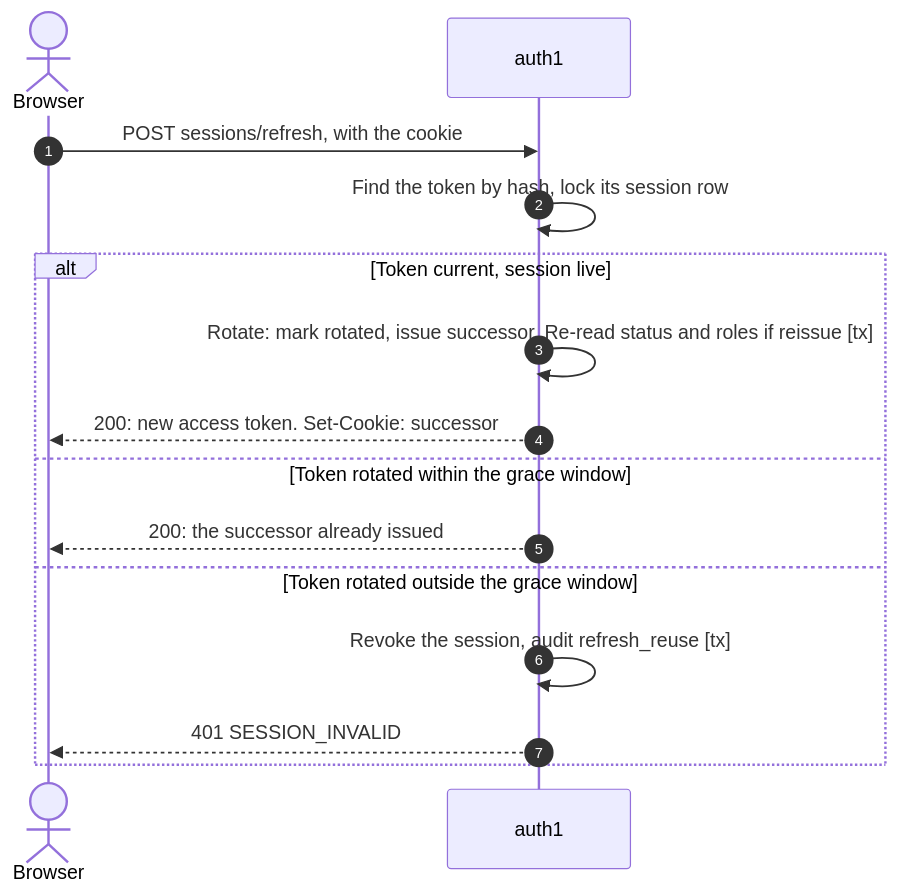
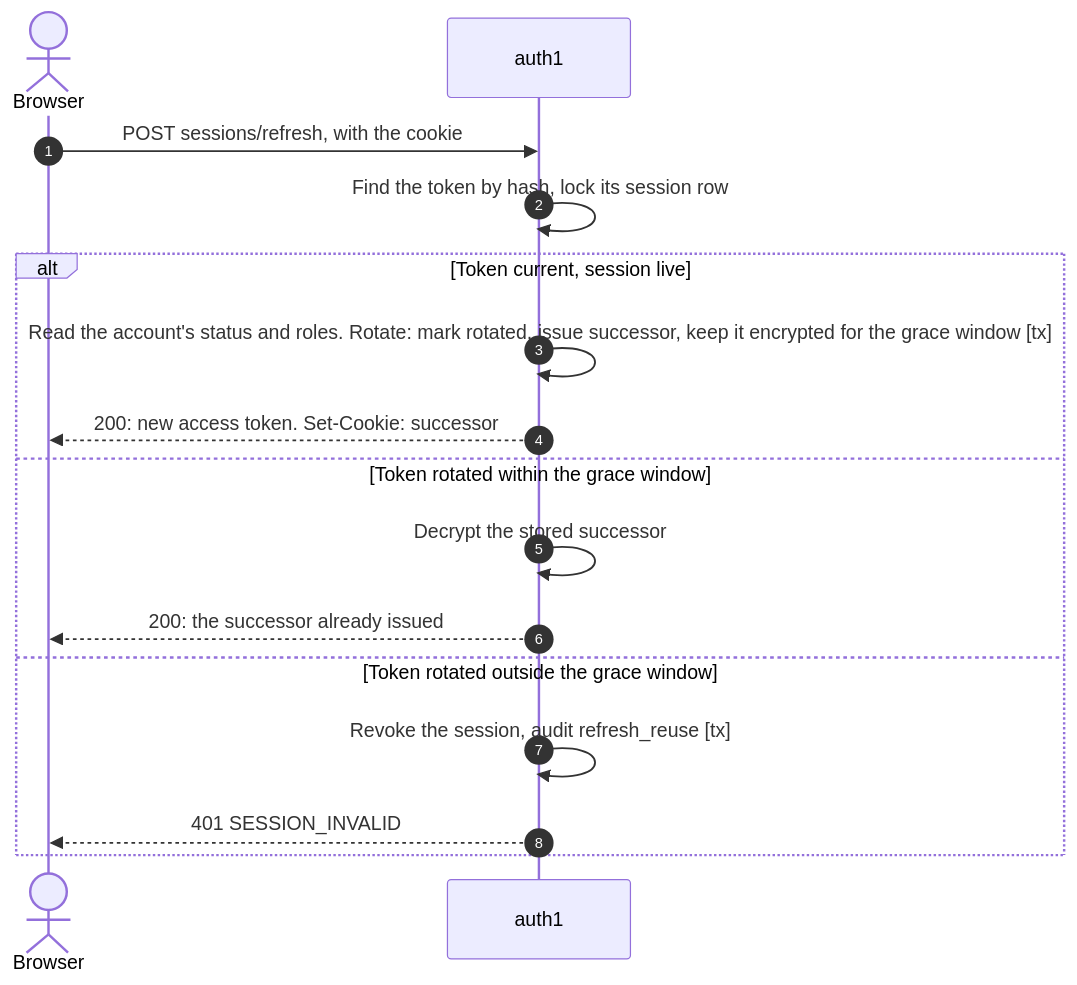
Before and after one commit to arafat-hasan/auth1: the third of 9 diagrams in docs/design.md, drawn with Mermaid. The commit also changed other lines of this file and 1 other file, not shown here.

````diff
--- a/docs/design.md
+++ b/docs/design.md
@@ -682,17 +821,18 @@
 ```mermaid
 sequenceDiagram
   autonumber
   actor B as Browser
   participant A as auth1
   B->>A: POST sessions/refresh, with the cookie
   A->>A: Find the token by hash, lock its session row
   alt Token current, session live
-    A->>A: Rotate: mark rotated, issue successor. Re-read status and roles if reissue [tx]
+    A->>A: Read the account's status and roles. Rotate: mark rotated, issue successor, keep it encrypted for the grace window [tx]
     A-->>B: 200: new access token. Set-Cookie: successor
   else Token rotated within the grace window
+    A->>A: Decrypt the stored successor
     A-->>B: 200: the successor already issued
   else Token rotated outside the grace window
     A->>A: Revoke the session, audit refresh_reuse [tx]
     A-->>B: 401 SESSION_INVALID
   end
 ```
````
